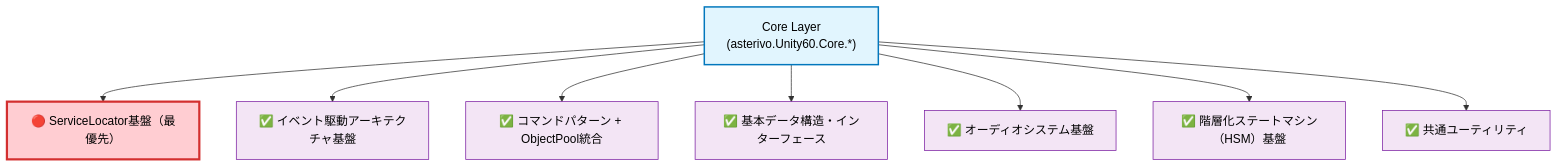
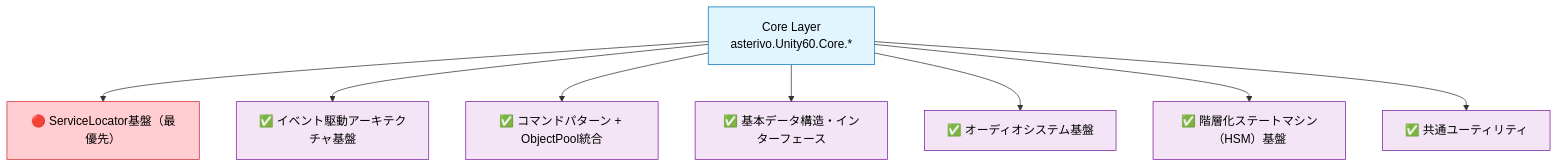
One commit to u-satoru/URP3D_Base01 changed the second of 8 diagrams in DESIGN.md. Above: the diagram before and after it, drawn with Mermaid. The commit also changed other lines of this file and 1 other file, not shown here.

````diff
--- a/DESIGN.md
+++ b/DESIGN.md
@@ -42,18 +110,18 @@
 ```mermaid
-flowchart TD
-    A["Core Layer<br/>(asterivo.Unity60.Core.*)"] --> B["🔴 ServiceLocator基盤（最優先）"]
-    A --> C["✅ イベント駆動アーキテクチャ基盤"]
-    A --> D["✅ コマンドパターン + ObjectPool統合"]
-    A --> E["✅ 基本データ構造・インターフェース"]
-    A --> F["✅ オーディオシステム基盤"]
-    A --> G["✅ 階層化ステートマシン（HSM）基盤"]
-    A --> H["✅ 共通ユーティリティ"]
+graph TD
+    A[Core Layer<br/>asterivo.Unity60.Core.*] --> B[🔴 ServiceLocator基盤（最優先）]
+    A --> C[✅ イベント駆動アーキテクチャ基盤]
+    A --> D[✅ コマンドパターン + ObjectPool統合]
+    A --> E[✅ 基本データ構造・インターフェース]
+    A --> F[✅ オーディオシステム基盤]
+    A --> G[✅ 階層化ステートマシン（HSM）基盤]
+    A --> H[✅ 共通ユーティリティ]
 
-    classDef coreLayer fill:#e1f5fe,stroke:#0277bd,stroke-width:2px,color:#000
-    classDef priority fill:#ffcdd2,stroke:#d32f2f,stroke-width:3px,color:#000
-    classDef coreFeature fill:#f3e5f5,stroke:#7b1fa2,stroke-width:1px,color:#000
+    classDef coreLayer fill:#e1f5fe,stroke:#0277bd,color:#000
+    classDef priority fill:#ffcdd2,stroke:#d32f2f,color:#000
+    classDef coreFeature fill:#f3e5f5,stroke:#7b1fa2,color:#000
 
     class A coreLayer
     class B priority
     class C,D,E,F,G,H coreFeature
 ```
````
